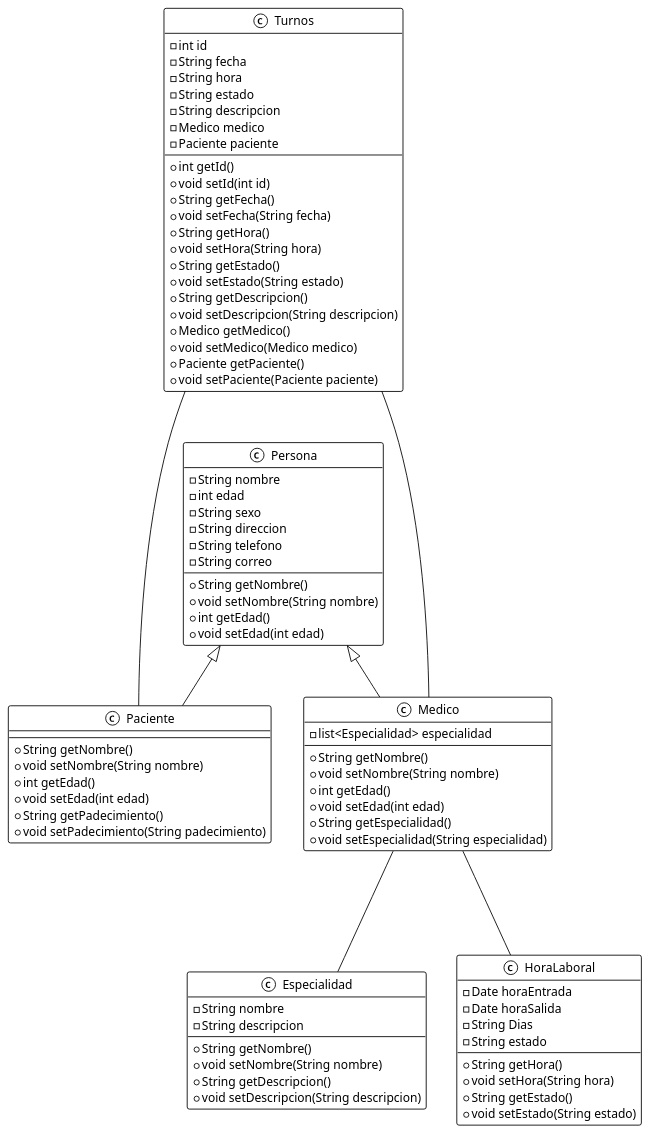
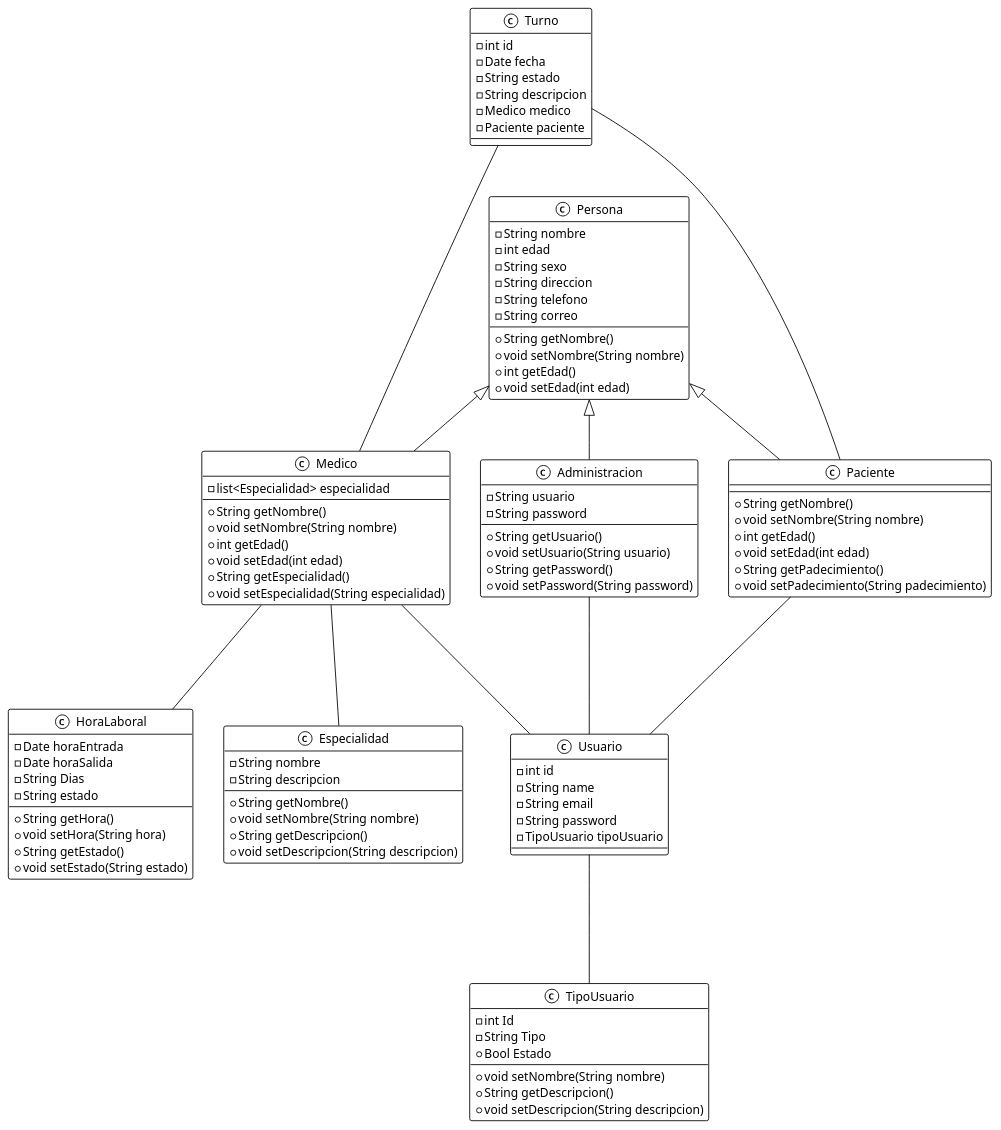
Before and after one commit to seba-cali/tp-cuatrimestral-equipo-23: the diagram in clinicauml.puml, drawn with PlantUML. The commit also changed 1 other file, not shown here.

Commit message:
fix: change uml

```diff
--- a/clinicauml.puml
+++ b/clinicauml.puml
@@ -1,84 +1,116 @@
 @startuml
 'https://plantuml.com/class-diagram
 !theme mono 
-Turnos --- Paciente
-Turnos --- Medico
-Persona <|-- Medico
-Persona <|-- Paciente
+Turno --- Paciente
+Turno --- Medico
+
 Medico --- Especialidad
 Medico --- HoraLaboral
 
-class Turnos{
+
+Administracion --- Usuario
+Paciente --- Usuario
+Medico --- Usuario
+Usuario --- TipoUsuario
+
+
+
+
+class Usuario{
+-int id
+-String name
+-String email
+-String password
+-TipoUsuario tipoUsuario
+}
+class Turno{
     -int id
-    -String fecha
-    -String hora
+    -Date fecha
     -String estado
     -String descripcion
     -Medico medico
     -Paciente paciente
-    +int getId()
+  /'  +int getId()
     +void setId(int id)
     +String getFecha()
     +void setFecha(String fecha)
     +String getHora()
     +void setHora(String hora)
     +String getEstado()
     +void setEstado(String estado)
     +String getDescripcion()
     +void setDescripcion(String descripcion)
     +Medico getMedico()
     +void setMedico(Medico medico)
     +Paciente getPaciente()
-    +void setPaciente(Paciente paciente)
+    +void setPaciente(Paciente paciente)'/
     }
 
 class Persona{
     -String nombre
     -int edad
     -String sexo
     -String direccion
     -String telefono
     -String correo
     +String getNombre()
     +void setNombre(String nombre)
     +int getEdad()
     +void setEdad(int edad)
 }
-class Medico{
+
+class Administracion extends Persona{
+    -String usuario
+    -String password
+    +String getUsuario()
+    +void setUsuario(String usuario)
+    +String getPassword()
+    +void setPassword(String password)
+
+}
+class Paciente extends Persona{
+    
+    +String getNombre()
+    +void setNombre(String nombre)
+    +int getEdad()
+    +void setEdad(int edad)
+    +String getPadecimiento()
+    +void setPadecimiento(String padecimiento)
+}
+class Medico extends Persona{
     -list<Especialidad> especialidad
     +String getNombre()
     +void setNombre(String nombre)
     +int getEdad()
     +void setEdad(int edad)
     +String getEspecialidad()
     +void setEspecialidad(String especialidad)
-}
-class Paciente{
-    
-    +String getNombre()
-    +void setNombre(String nombre)
-    +int getEdad()
-    +void setEdad(int edad)
-    +String getPadecimiento()
-    +void setPadecimiento(String padecimiento)
 }
 class Especialidad{
     -String nombre
     -String descripcion
     +String getNombre()
     +void setNombre(String nombre)
     +String getDescripcion()
     +void setDescripcion(String descripcion)
 }
 class HoraLaboral{
     -Date horaEntrada
     -Date horaSalida
     -String Dias
     -String estado
     +String getHora()
     +void setHora(String hora)
     +String getEstado()
     +void setEstado(String estado)
 }
+class TipoUsuario{
+    -int Id
+    -String Tipo
+    +Bool Estado
+    +void setNombre(String nombre)
+    +String getDescripcion()
+    +void setDescripcion(String descripcion)
+}
 
 @enduml
```
